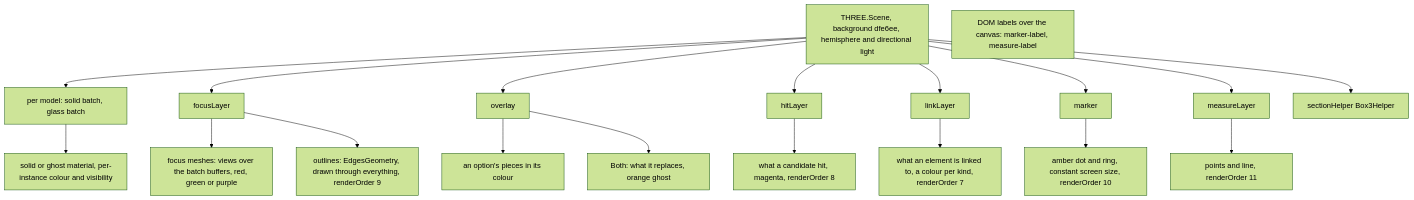
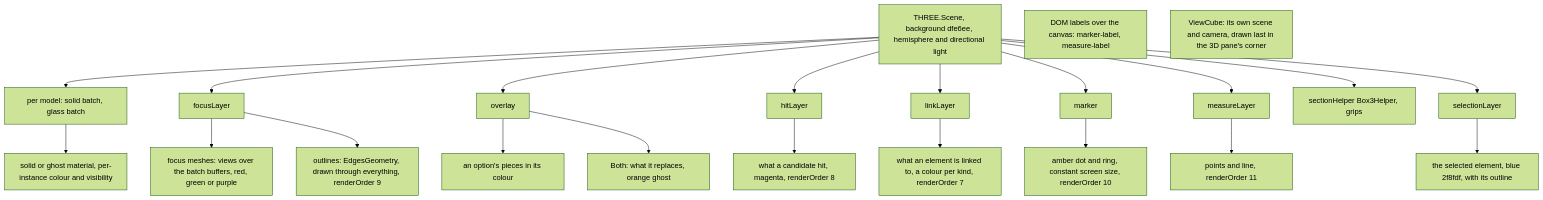
One commit to IssueLab-Inc/ORCA changed the second of 4 diagrams in docs/architecture/13-3d-viewer.md. Above: the diagram before and after it, drawn with Mermaid (forest theme). The commit also changed other lines of this file and 30 other files, not shown here.

````diff
--- a/docs/architecture/13-3d-viewer.md
+++ b/docs/architecture/13-3d-viewer.md
@@ -77,22 +85,25 @@
 ```mermaid
 flowchart TD
   scene["THREE.Scene, background dfe6ee, hemisphere and directional light"]
   scene --> batches["per model: solid batch, glass batch"]
   scene --> focus["focusLayer"]
   scene --> overlay["overlay"]
   scene --> hits["hitLayer"]
   scene --> links["linkLayer"]
   scene --> marker["marker"]
   scene --> measure["measureLayer"]
-  scene --> section["sectionHelper Box3Helper"]
+  scene --> section["sectionHelper Box3Helper, grips"]
+  scene --> selection["selectionLayer"]
   batches --> solidMat["solid or ghost material, per-instance colour and visibility"]
   focus --> fmesh["focus meshes: views over the batch buffers, red, green or purple"]
   focus --> fedges["outlines: EdgesGeometry, drawn through everything, renderOrder 9"]
   overlay --> pieces["an option's pieces in its colour"]
   overlay --> ghostBefore["Both: what it replaces, orange ghost"]
   hits --> hitMesh["what a candidate hit, magenta, renderOrder 8"]
   links --> linkMesh["what an element is linked to, a colour per kind, renderOrder 7"]
   marker --> dot["amber dot and ring, constant screen size, renderOrder 10"]
   measure --> pts["points and line, renderOrder 11"]
+  selection --> sel["the selected element, blue 2f8fdf, with its outline"]
   labels["DOM labels over the canvas: marker-label, measure-label"]
+  cube["ViewCube: its own scene and camera, drawn last in the 3D pane's corner"]
 ```
````
